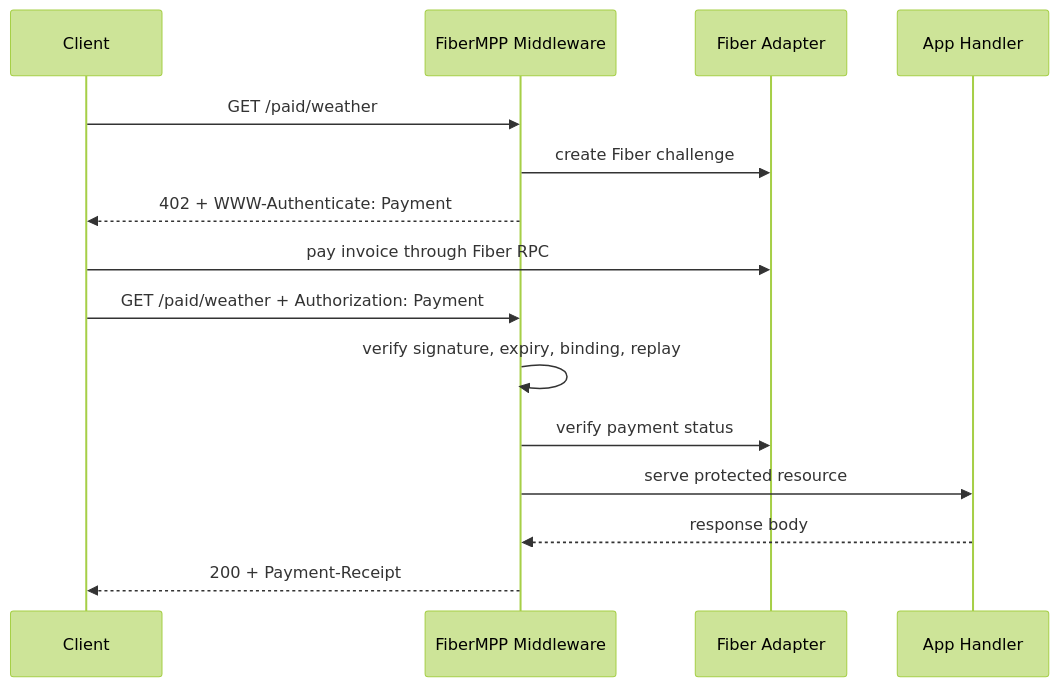
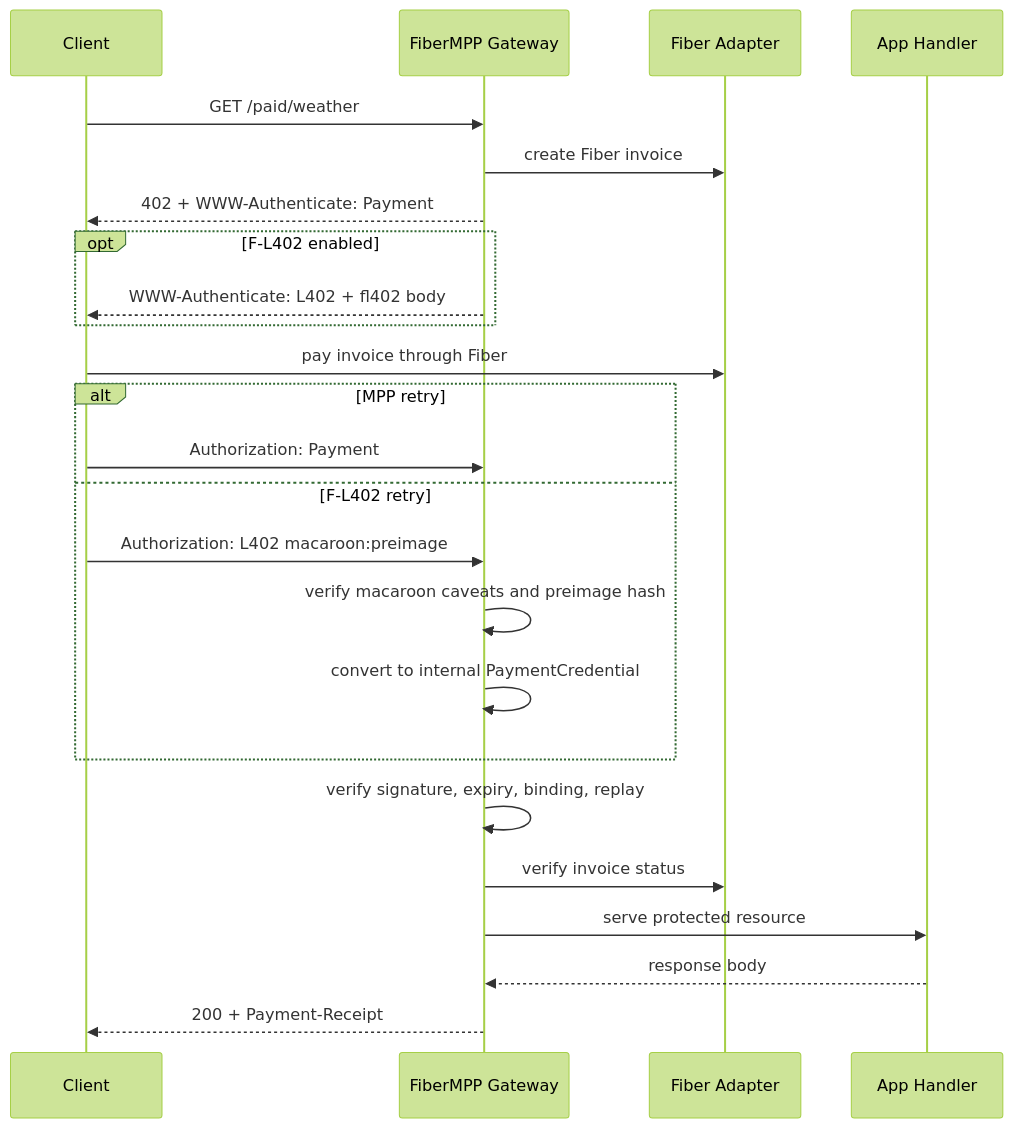
Before and after one commit to a19q3/fiber-paid-http: the diagram in docs/architecture.md, drawn with Mermaid (forest theme). The commit also changed other lines of this file and 71 other files, not shown here.

Commit message:
Add Fiber Paid HTTP F-L402 support

````diff
--- a/docs/architecture.md
+++ b/docs/architecture.md
@@ -17,18 +39,27 @@
 ```mermaid
 sequenceDiagram
   participant C as Client
-  participant S as FiberMPP Middleware
+  participant S as FiberMPP Gateway
   participant F as Fiber Adapter
   participant A as App Handler
 
   C->>S: GET /paid/weather
-  S->>F: create Fiber challenge
+  S->>F: create Fiber invoice
   S-->>C: 402 + WWW-Authenticate: Payment
-  C->>F: pay invoice through Fiber RPC
-  C->>S: GET /paid/weather + Authorization: Payment
+  opt F-L402 enabled
+    S-->>C: WWW-Authenticate: L402 + fl402 body
+  end
+  C->>F: pay invoice through Fiber
+  alt MPP retry
+    C->>S: Authorization: Payment
+  else F-L402 retry
+    C->>S: Authorization: L402 macaroon:preimage
+    S->>S: verify macaroon caveats and preimage hash
+    S->>S: convert to internal PaymentCredential
+  end
   S->>S: verify signature, expiry, binding, replay
-  S->>F: verify payment status
+  S->>F: verify invoice status
   S->>A: serve protected resource
   A-->>S: response body
   S-->>C: 200 + Payment-Receipt
 ```
````
